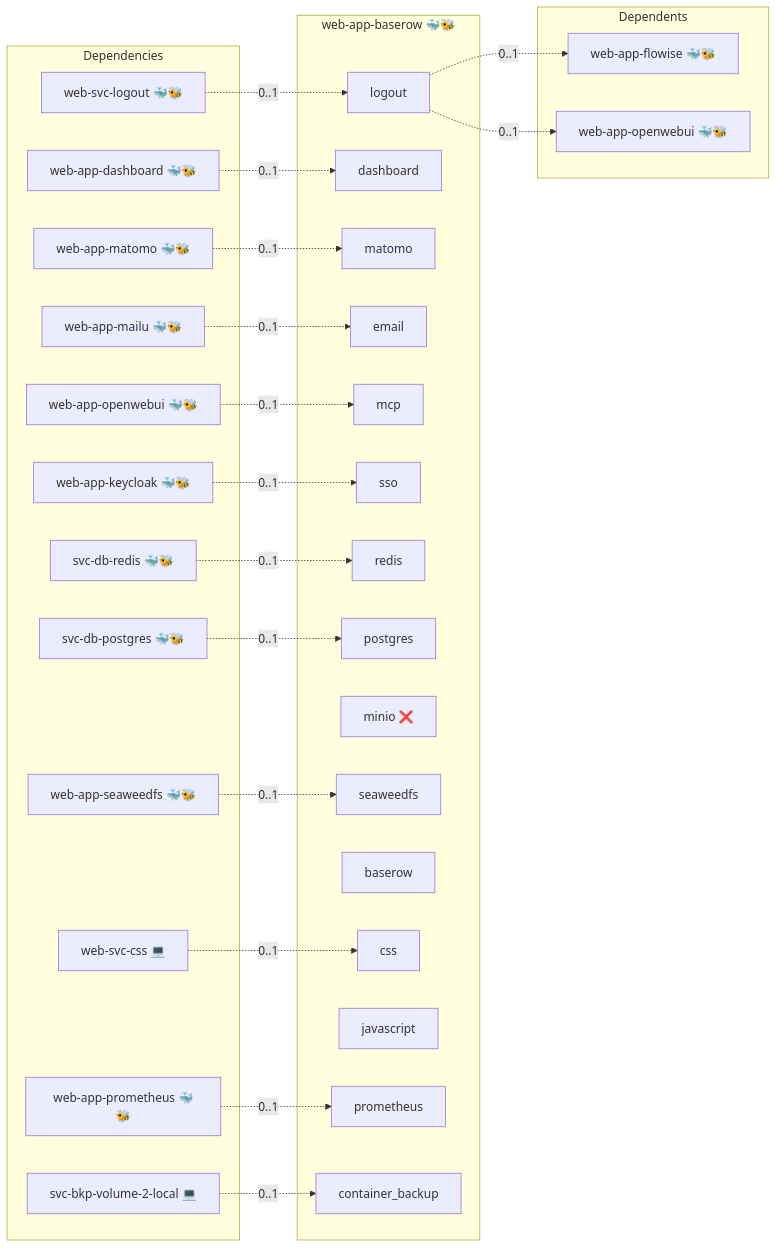
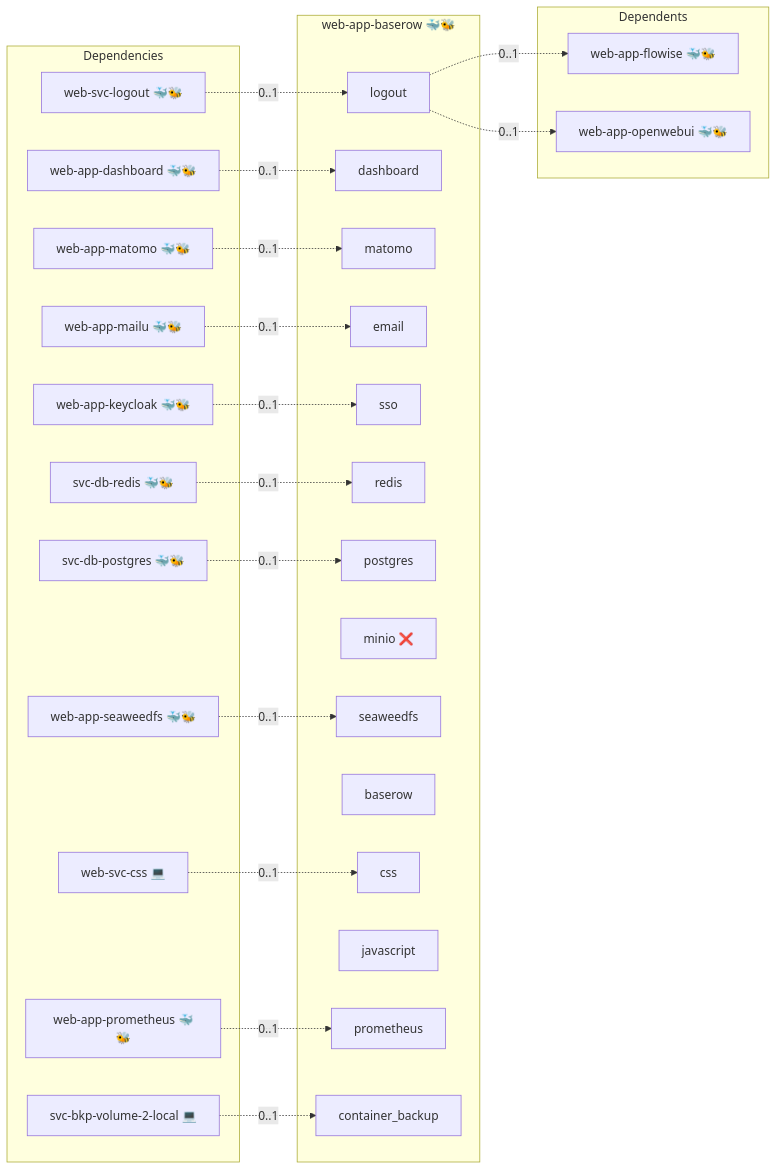
Before and after one commit to infinito-nexus/core: the diagram in roles/web-app-baserow/README.md, drawn with Mermaid. The commit also changed other lines of this file and 142 other files, not shown here.

````diff
--- a/roles/web-app-baserow/README.md
+++ b/roles/web-app-baserow/README.md
@@ -15,52 +15,49 @@
 ```mermaid
 flowchart LR
     subgraph deps [Dependencies]
         dep_svc_bkp_volume_2_local["svc-bkp-volume-2-local 💻"]
         dep_svc_db_postgres["svc-db-postgres 🐳🐝"]
         dep_svc_db_redis["svc-db-redis 🐳🐝"]
         dep_web_app_dashboard["web-app-dashboard 🐳🐝"]
         dep_web_app_keycloak["web-app-keycloak 🐳🐝"]
         dep_web_app_mailu["web-app-mailu 🐳🐝"]
         dep_web_app_matomo["web-app-matomo 🐳🐝"]
-        dep_web_app_openwebui["web-app-openwebui 🐳🐝"]
         dep_web_app_prometheus["web-app-prometheus 🐳🐝"]
         dep_web_app_seaweedfs["web-app-seaweedfs 🐳🐝"]
         dep_web_svc_css["web-svc-css 💻"]
         dep_web_svc_logout["web-svc-logout 🐳🐝"]
     end
     subgraph role [web-app-baserow 🐳🐝]
         svc_logout["logout"]
         svc_dashboard["dashboard"]
         svc_matomo["matomo"]
         svc_email["email"]
-        svc_mcp["mcp"]
         svc_sso["sso"]
         svc_redis["redis"]
         svc_postgres["postgres"]
         svc_minio["minio ❌"]
         svc_seaweedfs["seaweedfs"]
         svc_baserow["baserow"]
         svc_css["css"]
         svc_javascript["javascript"]
         svc_prometheus["prometheus"]
         svc_container_backup["container_backup"]
     end
     subgraph dependents [Dependents]
         dpt_web_app_flowise["web-app-flowise 🐳🐝"]
         dpt_web_app_openwebui["web-app-openwebui 🐳🐝"]
     end
     dep_svc_bkp_volume_2_local -. "0..1" .-> svc_container_backup
     dep_svc_db_postgres -. "0..1" .-> svc_postgres
     dep_svc_db_redis -. "0..1" .-> svc_redis
     dep_web_app_dashboard -. "0..1" .-> svc_dashboard
     dep_web_app_keycloak -. "0..1" .-> svc_sso
     dep_web_app_mailu -. "0..1" .-> svc_email
     dep_web_app_matomo -. "0..1" .-> svc_matomo
-    dep_web_app_openwebui -. "0..1" .-> svc_mcp
     dep_web_app_prometheus -. "0..1" .-> svc_prometheus
     dep_web_app_seaweedfs -. "0..1" .-> svc_seaweedfs
     dep_web_svc_css -. "0..1" .-> svc_css
     dep_web_svc_logout -. "0..1" .-> svc_logout
     svc_logout -. "0..1" .-> dpt_web_app_flowise
     svc_logout -. "0..1" .-> dpt_web_app_openwebui
 ```
````
